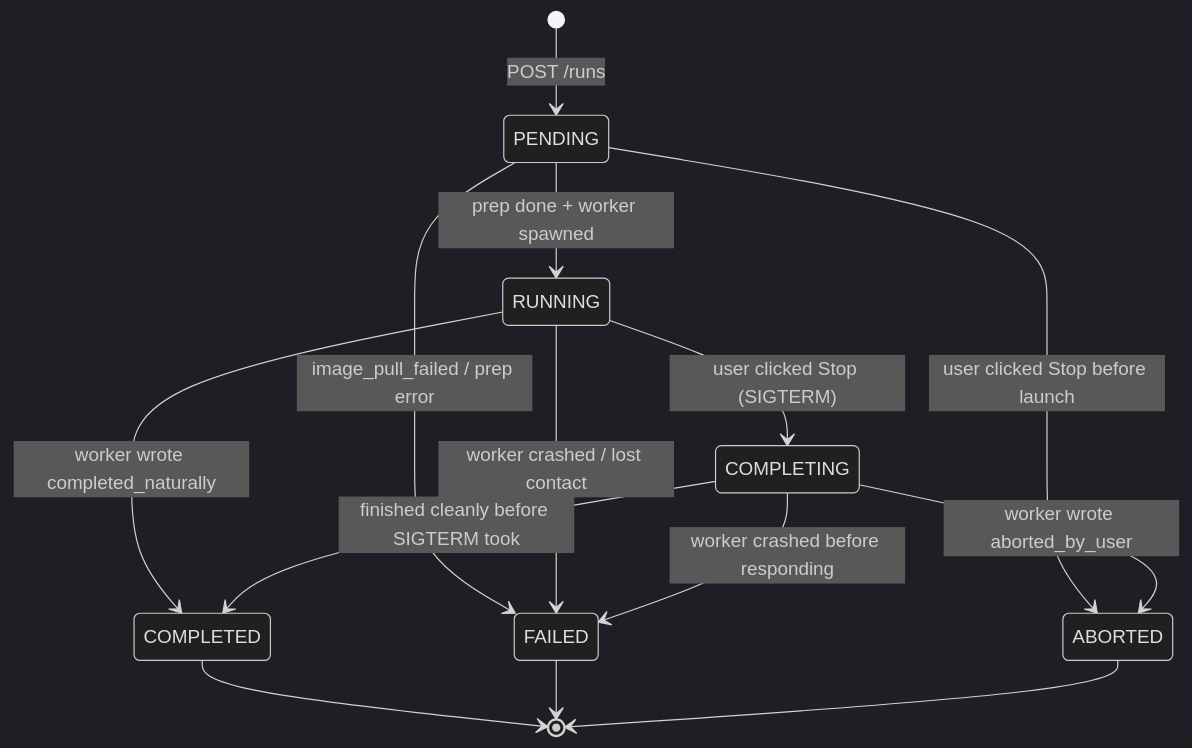
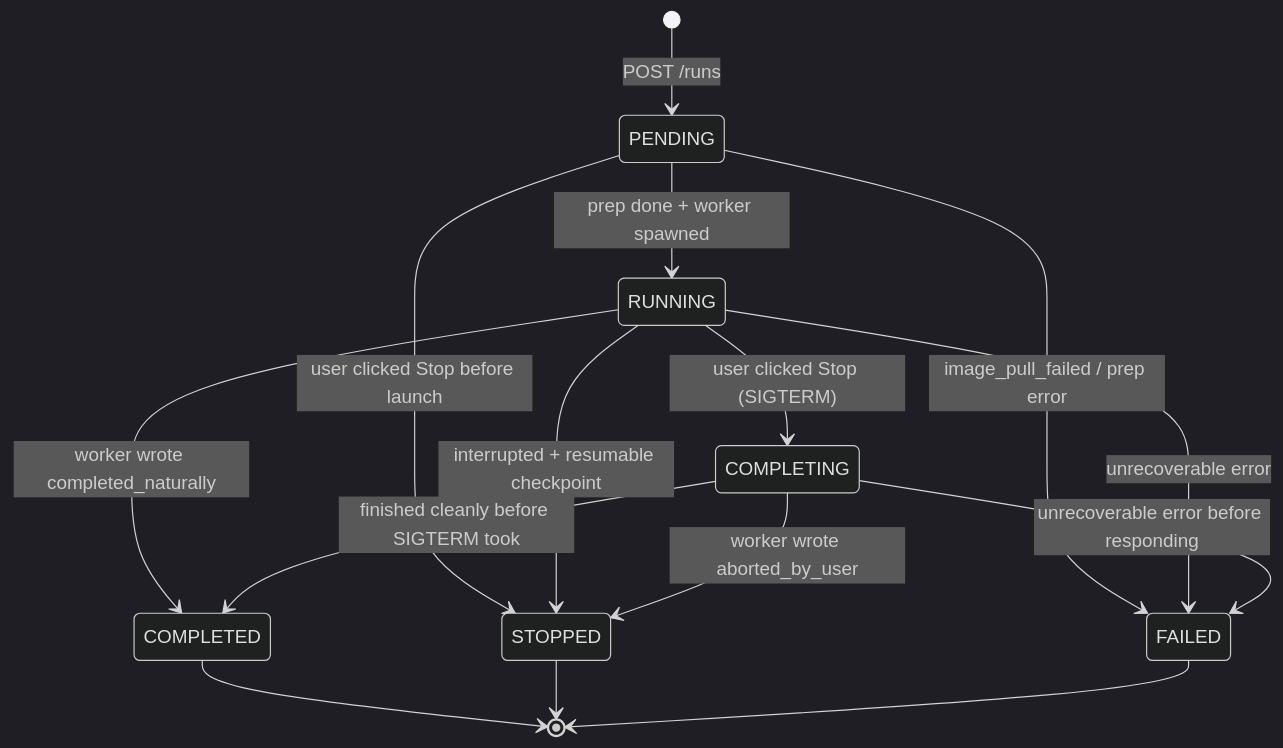
Before and after one commit to TheWisp/lerobot: the third of 3 diagrams in src/lerobot/gui/training/DESIGN.md, drawn with Mermaid (dark theme). The commit also changed other lines of this file and 16 other files, not shown here.

````diff
--- a/src/lerobot/gui/training/DESIGN.md
+++ b/src/lerobot/gui/training/DESIGN.md
@@ -258,16 +262,17 @@
 ```mermaid
 stateDiagram-v2
     [*] --> PENDING: POST /runs
     PENDING --> RUNNING: prep done + worker spawned
     PENDING --> FAILED: image_pull_failed / prep error
-    PENDING --> ABORTED: user clicked Stop before launch
+    PENDING --> STOPPED: user clicked Stop before launch
     RUNNING --> COMPLETING: user clicked Stop (SIGTERM)
     RUNNING --> COMPLETED: worker wrote completed_naturally
-    RUNNING --> FAILED: worker crashed / lost contact
-    COMPLETING --> ABORTED: worker wrote aborted_by_user
+    RUNNING --> STOPPED: interrupted + resumable checkpoint
+    RUNNING --> FAILED: unrecoverable error
+    COMPLETING --> STOPPED: worker wrote aborted_by_user
     COMPLETING --> COMPLETED: finished cleanly before SIGTERM took
-    COMPLETING --> FAILED: worker crashed before responding
+    COMPLETING --> FAILED: unrecoverable error before responding
     COMPLETED --> [*]
+    STOPPED --> [*]
     FAILED --> [*]
-    ABORTED --> [*]
 ```
````
